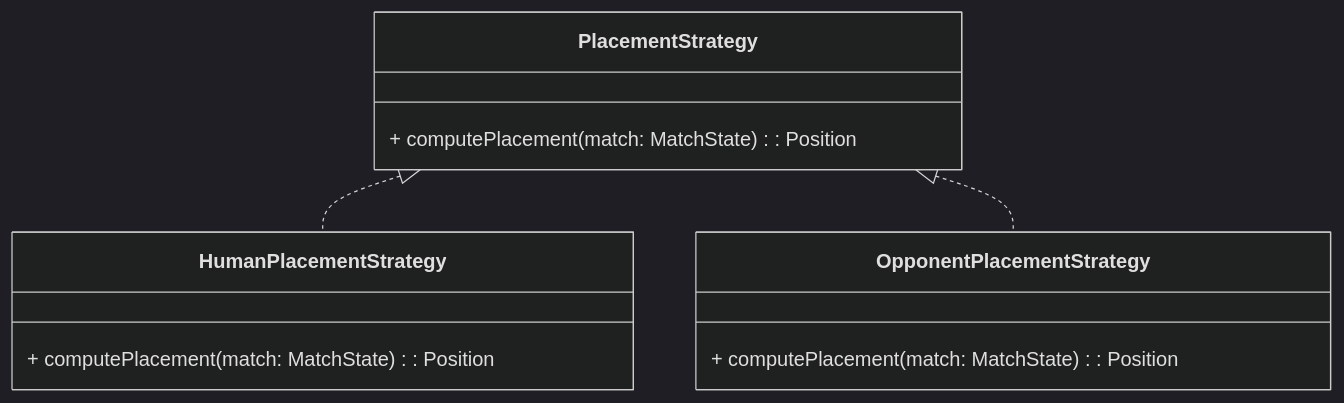
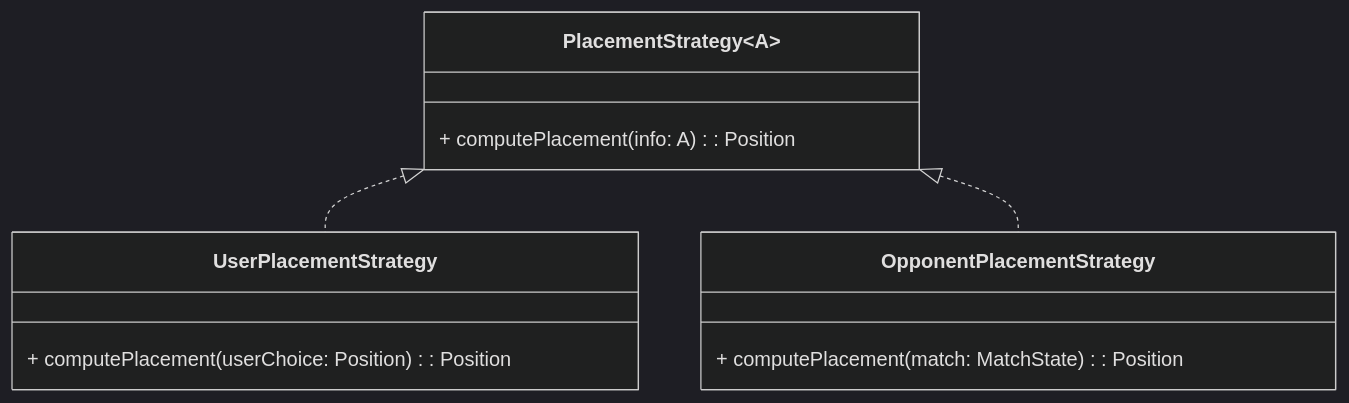
One commit to Borgotto/PPS-25-scalatello changed the fifth of 8 diagrams in docs/report/5-detailed-design.md. Above: the diagram before and after it, drawn with Mermaid (dark theme). The commit also changed other lines of this file, not shown here.

Commit message:
Update PlacementStrategy in detailed design
Highlight generality of base PlacementStrategy class

````diff
--- a/docs/report/5-detailed-design.md
+++ b/docs/report/5-detailed-design.md
@@ -145,15 +145,15 @@
 ```mermaid
 classDiagram
-    class PlacementStrategy {
-        + computePlacement(match: MatchState): Position
+    class PlacementStrategy~A~ {
+        + computePlacement(info: A): Position
     }
-    class HumanPlacementStrategy {
-        + computePlacement(match: MatchState): Position
+    class UserPlacementStrategy {
+        + computePlacement(userChoice: Position): Position
     }
     class OpponentPlacementStrategy {
         + computePlacement(match: MatchState): Position
     }
 
-    PlacementStrategy <|.. HumanPlacementStrategy
+    PlacementStrategy <|.. UserPlacementStrategy
     PlacementStrategy <|.. OpponentPlacementStrategy
 ```
````
